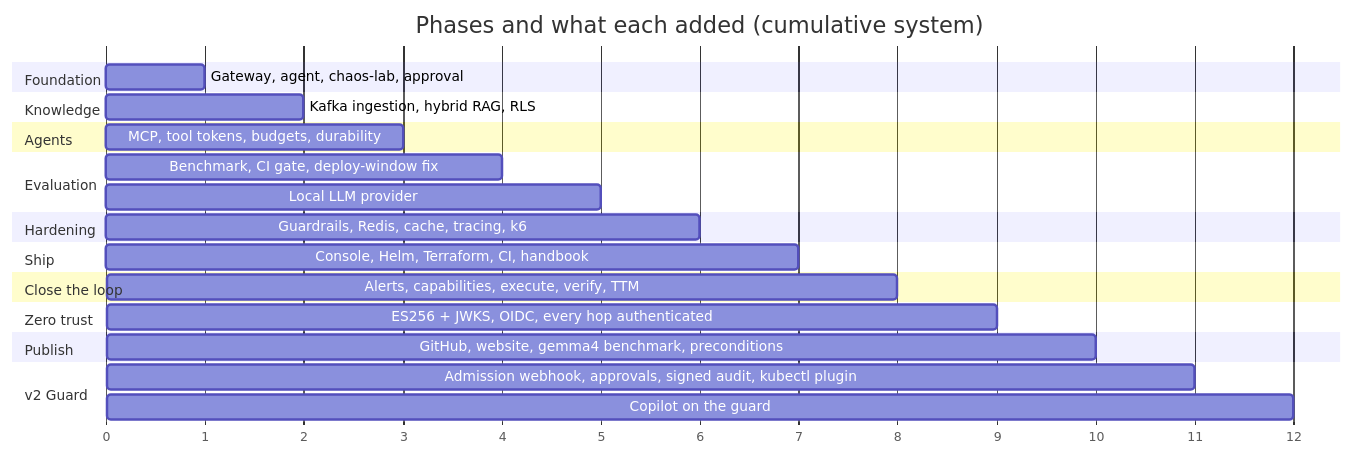
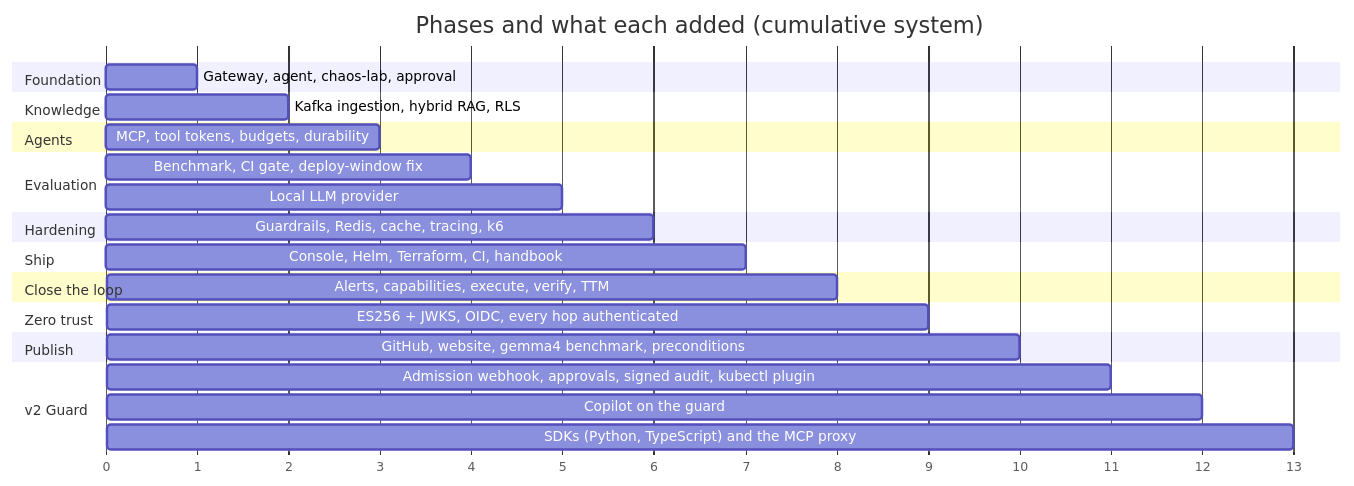
Before and after one commit to abdulmdev/sentinel-incident-copilot: the diagram in docs/handbook/diagrams/15-gantt.mmd, drawn with Mermaid. The commit also changed 52 other files, not shown here.

First line of the commit message:
SDKs and an MCP proxy: Sentinel Guard for agents outside Kubernetes

```diff
--- a/docs/handbook/diagrams/15-gantt.mmd
+++ b/docs/handbook/diagrams/15-gantt.mmd
@@ -1,26 +1,27 @@
 gantt
   title Phases and what each added (cumulative system)
   dateFormat X
   axisFormat %s
   section Foundation
   Gateway, agent, chaos-lab, approval      :p1, 0, 1
   section Knowledge
   Kafka ingestion, hybrid RAG, RLS         :p2, 1, 2
   section Agents
   MCP, tool tokens, budgets, durability    :p3, 2, 3
   section Evaluation
   Benchmark, CI gate, deploy-window fix    :p4, 3, 4
   Local LLM provider                       :p4b, 4, 5
   section Hardening
   Guardrails, Redis, cache, tracing, k6    :p5, 5, 6
   section Ship
   Console, Helm, Terraform, CI, handbook   :p6, 6, 7
   section Close the loop
   Alerts, capabilities, execute, verify, TTM :p7, 7, 8
   section Zero trust
   ES256 + JWKS, OIDC, every hop authenticated :p8, 8, 9
   section Publish
   GitHub, website, gemma4 benchmark, preconditions :p9, 9, 10
   section v2 Guard
   Admission webhook, approvals, signed audit, kubectl plugin :p10, 10, 11
   Copilot on the guard: one safety core               :p11, 11, 12
+  SDKs (Python, TypeScript) and the MCP proxy          :p12, 12, 13
```
